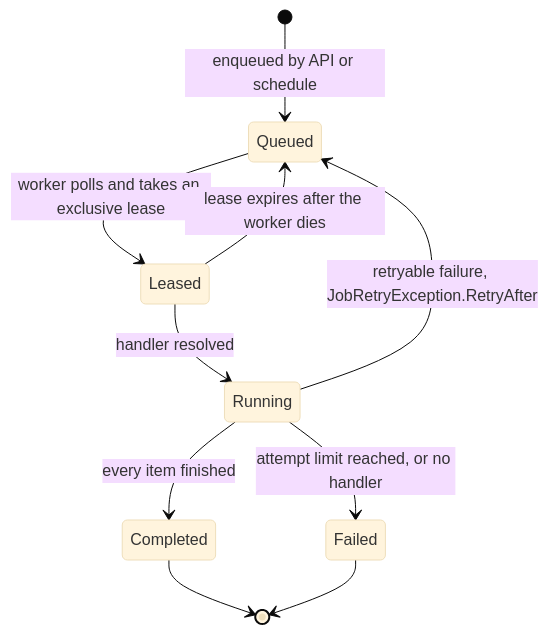
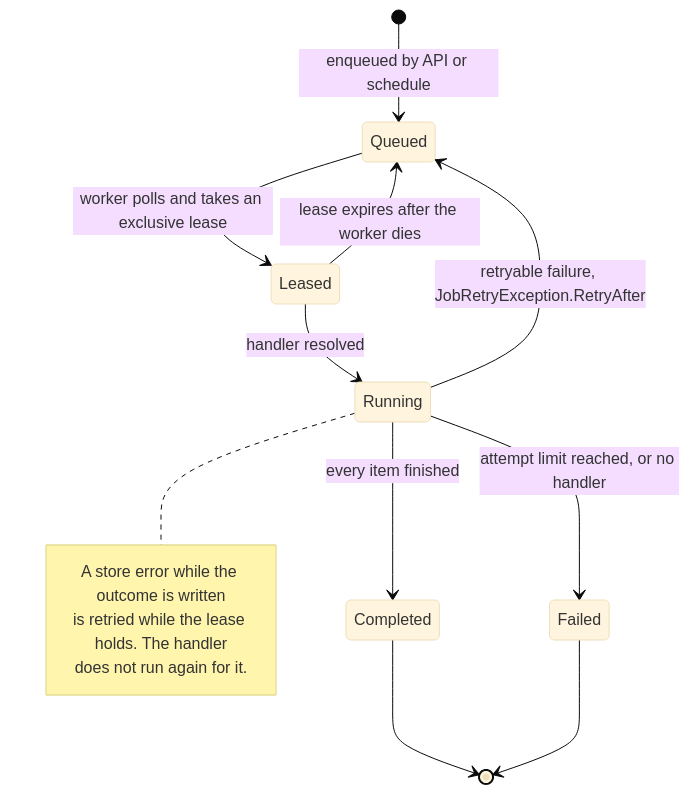
One commit to farukatasoy/Tracon changed the diagram in docs-site/src/content/docs/guides/background-work.md. Above: the diagram before and after it, drawn with Mermaid (base theme). The commit also changed other lines of this file and 8 other files, not shown here.

Commit message:
fix(jobs): retry the outcome write instead of failing a finished handler

````diff
--- a/docs-site/src/content/docs/guides/background-work.md
+++ b/docs-site/src/content/docs/guides/background-work.md
@@ -37,14 +37,19 @@
 ```mermaid
 stateDiagram-v2
     accTitle: Life of a queued job
-    accDescr: A queued job is polled by a worker, leased exclusively, and run. Success completes it, a retryable failure returns it to the queue until the attempt limit, and a worker that dies lets the lease expire so another worker can take the item again.
+    accDescr: A queued job is polled by a worker, leased exclusively, and run. Success completes it, a retryable failure returns it to the queue until the attempt limit, and a worker that dies lets the lease expire so another worker can take the item again. A store error while the worker writes the outcome is retried while the lease holds; it does not run the handler again.
     [*] --> Queued: enqueued by API or schedule
     Queued --> Leased: worker polls and takes an exclusive lease
     Leased --> Running: handler resolved
     Running --> Completed: every item finished
     Running --> Failed: attempt limit reached, or no handler
     Running --> Queued: retryable failure, JobRetryException.RetryAfter
     Leased --> Queued: lease expires after the worker dies
+    note right of Running
+        A store error while the outcome is written
+        is retried while the lease holds. The handler
+        does not run again for it.
+    end note
     Completed --> [*]
     Failed --> [*]
 ```
````
